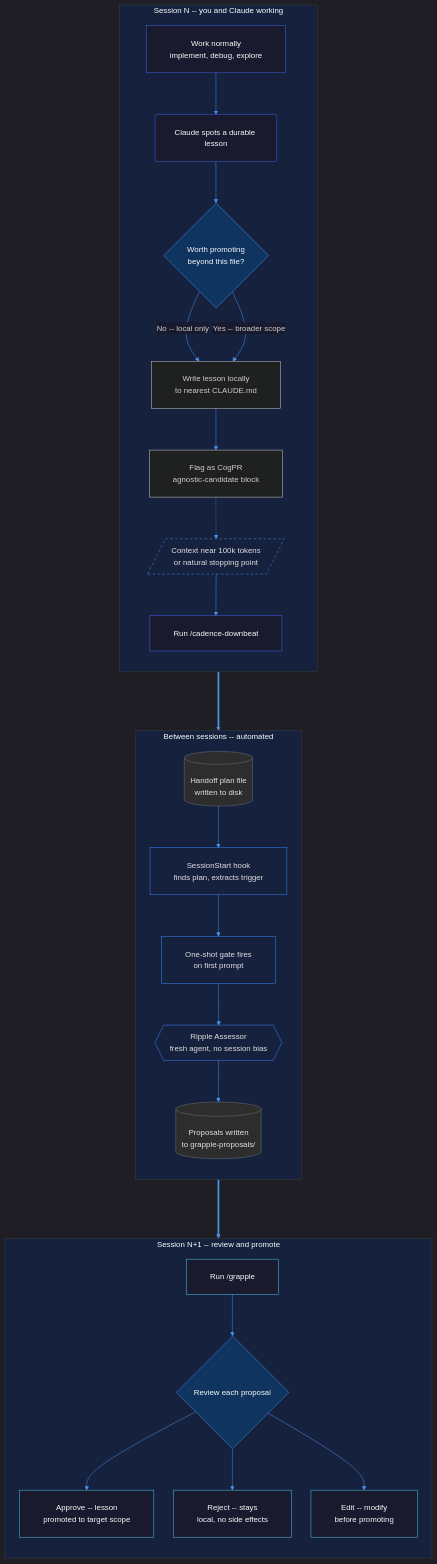
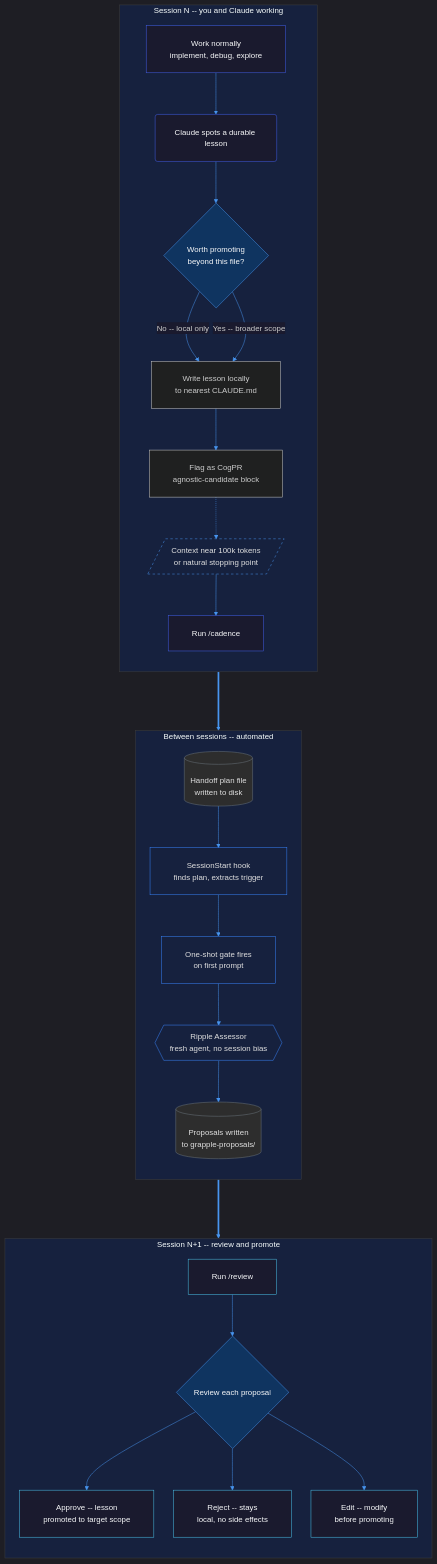
The diagram in DEV-README.md (prompted365/context-grapple-gun), drawn with Mermaid before and after one commit. The commit also changed other lines of this file and 21 other files, not shown here.

````diff
--- a/DEV-README.md
+++ b/DEV-README.md
@@ -31,67 +31,67 @@
 ```mermaid
 %%{init: {'theme': 'dark', 'flowchart': {'padding': 24, 'rankSpacing': 60, 'nodeSpacing': 40}, 'themeVariables': {'primaryColor': '#4361ee', 'primaryTextColor': '#f8f9fa', 'primaryBorderColor': '#6c757d', 'lineColor': '#4895ef', 'secondaryColor': '#1a1a2e', 'tertiaryColor': '#16213e', 'edgeLabelBackground': '#1a1a2e', 'clusterBkg': '#16213e', 'clusterBorder': '#3d3d3d', 'noteTextColor': '#e0e0e0', 'noteBkgColor': '#2d2d2d'}}}%%
 flowchart TB
     subgraph S1["Session N -- you and Claude working"]
         direction TB
         A["Work normally<br/>implement, debug, explore"]
         B("Claude spots a durable lesson")
         C{"Worth promoting<br/>beyond this file?"}
         D["Write lesson locally<br/>to nearest CLAUDE.md"]
         E["Flag as CogPR<br/>agnostic-candidate block"]
         F[/"Context near 100k tokens<br/>or natural stopping point"/]
-        G["Run /cadence-downbeat"]
+        G["Run /cadence"]
 
         A --> B
         B --> C
         C -- "No -- local only" --> D
         C -- "Yes -- broader scope" --> D
         D --> E
         E -.-> F
         F --> G
     end
 
     subgraph BT["Between sessions -- automated"]
         direction TB
         H[("Handoff plan file<br/>written to disk")]
         I["SessionStart hook<br/>finds plan, extracts trigger"]
         J["One-shot gate fires<br/>on first prompt"]
         K{{"Ripple Assessor<br/>fresh agent, no session bias"}}
         L[("Proposals written<br/>to grapple-proposals/")]
 
         H --> I
         I --> J
         J --> K
         K --> L
     end
 
     subgraph S2["Session N+1 -- review and promote"]
         direction TB
-        M["Run /grapple"]
+        M["Run /review"]
         N{"Review each proposal"}
         O["Approve -- lesson<br/>promoted to target scope"]
         P["Reject -- stays<br/>local, no side effects"]
         Q["Edit -- modify<br/>before promoting"]
 
         M --> N
         N --> O
         N --> P
         N --> Q
     end
 
     G ===> H
     L ===> M
 
     classDef work fill:#1a1a2e,stroke:#4361ee,color:#f8f9fa
     classDef decision fill:#0f3460,stroke:#4895ef,color:#f8f9fa
     classDef auto fill:#16213e,stroke:#3a86ff,color:#e0e0e0
     classDef store fill:#2d2d2d,stroke:#6c757d,color:#e0e0e0
     classDef review fill:#1a1a2e,stroke:#4cc9f0,color:#f8f9fa
     classDef trigger fill:#16213e,stroke:#4895ef,color:#e0e0e0,stroke-dasharray: 5 5
 
     class A,B,G work
     class C,N decision
     class I,J,K auto
     class H,L store
     class M,O,P,Q review
     class F trigger
 ```
````
